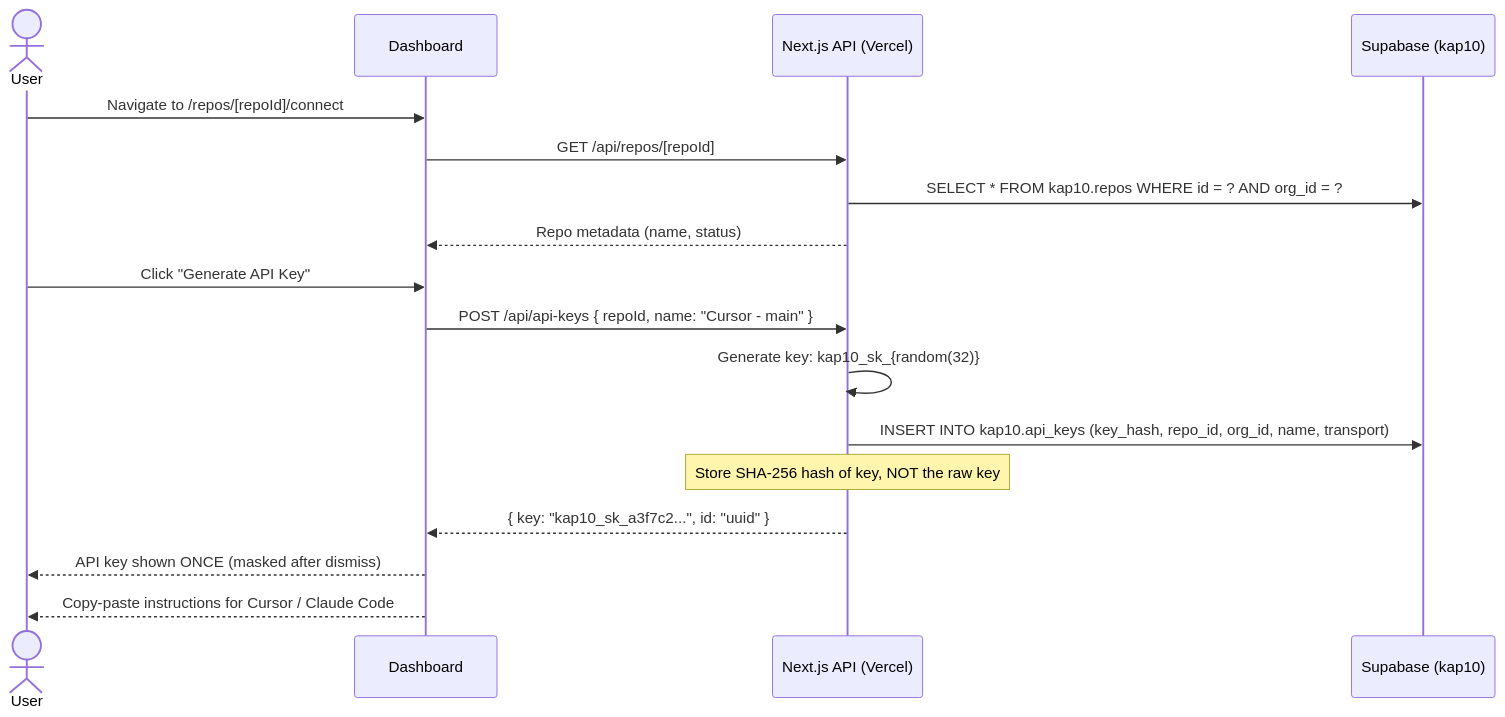
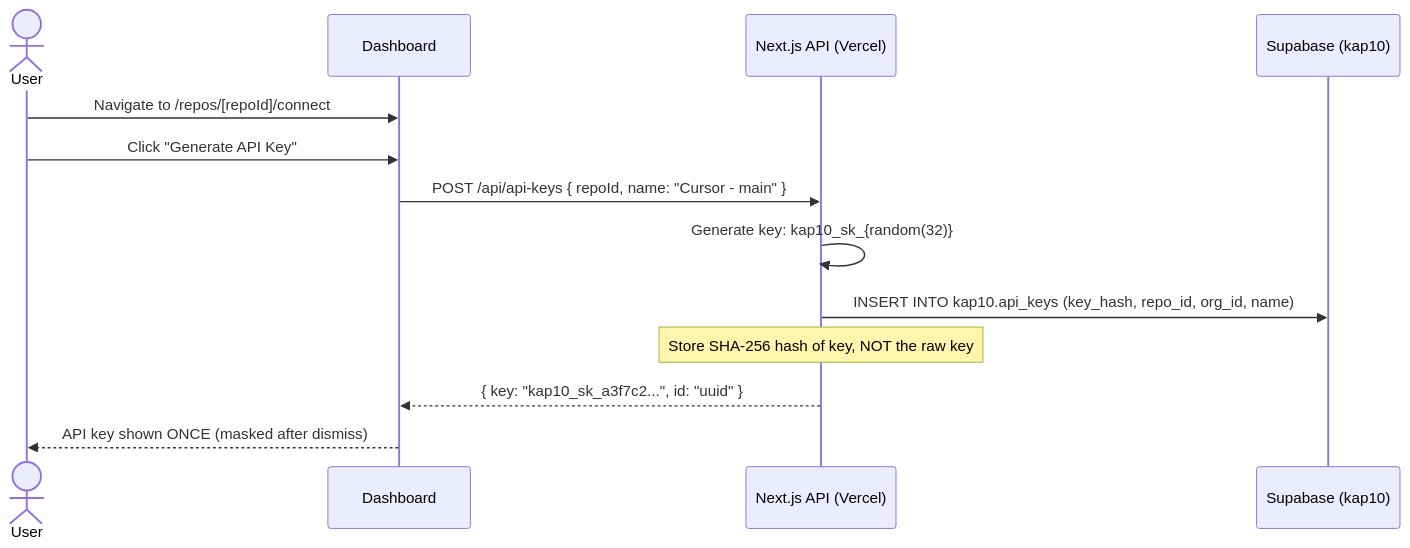
The second of 5 diagrams in docs/architecture/PHASE_2_HOSTED_MCP_SERVER.md (AutoRail-AI/kap10-server), drawn with Mermaid before and after one commit. The commit also changed other lines of this file and 62 other files, not shown here.

````diff
--- a/docs/architecture/PHASE_2_HOSTED_MCP_SERVER.md
+++ b/docs/architecture/PHASE_2_HOSTED_MCP_SERVER.md
@@ -45,22 +153,16 @@
 ```mermaid
 sequenceDiagram
     actor User
     participant Dashboard
     participant NextAPI as Next.js API (Vercel)
     participant Supabase as Supabase (kap10)
 
     User->>Dashboard: Navigate to /repos/[repoId]/connect
-    Dashboard->>NextAPI: GET /api/repos/[repoId]
-    NextAPI->>Supabase: SELECT * FROM kap10.repos WHERE id = ? AND org_id = ?
-    NextAPI-->>Dashboard: Repo metadata (name, status)
-
     User->>Dashboard: Click "Generate API Key"
     Dashboard->>NextAPI: POST /api/api-keys { repoId, name: "Cursor - main" }
     NextAPI->>NextAPI: Generate key: kap10_sk_{random(32)}
-    NextAPI->>Supabase: INSERT INTO kap10.api_keys (key_hash, repo_id, org_id, name, transport)
+    NextAPI->>Supabase: INSERT INTO kap10.api_keys (key_hash, repo_id, org_id, name)
     Note over NextAPI: Store SHA-256 hash of key, NOT the raw key
     NextAPI-->>Dashboard: { key: "kap10_sk_a3f7c2...", id: "uuid" }
-
     Dashboard-->>User: API key shown ONCE (masked after dismiss)
-    Dashboard-->>User: Copy-paste instructions for Cursor / Claude Code
 ```
````
